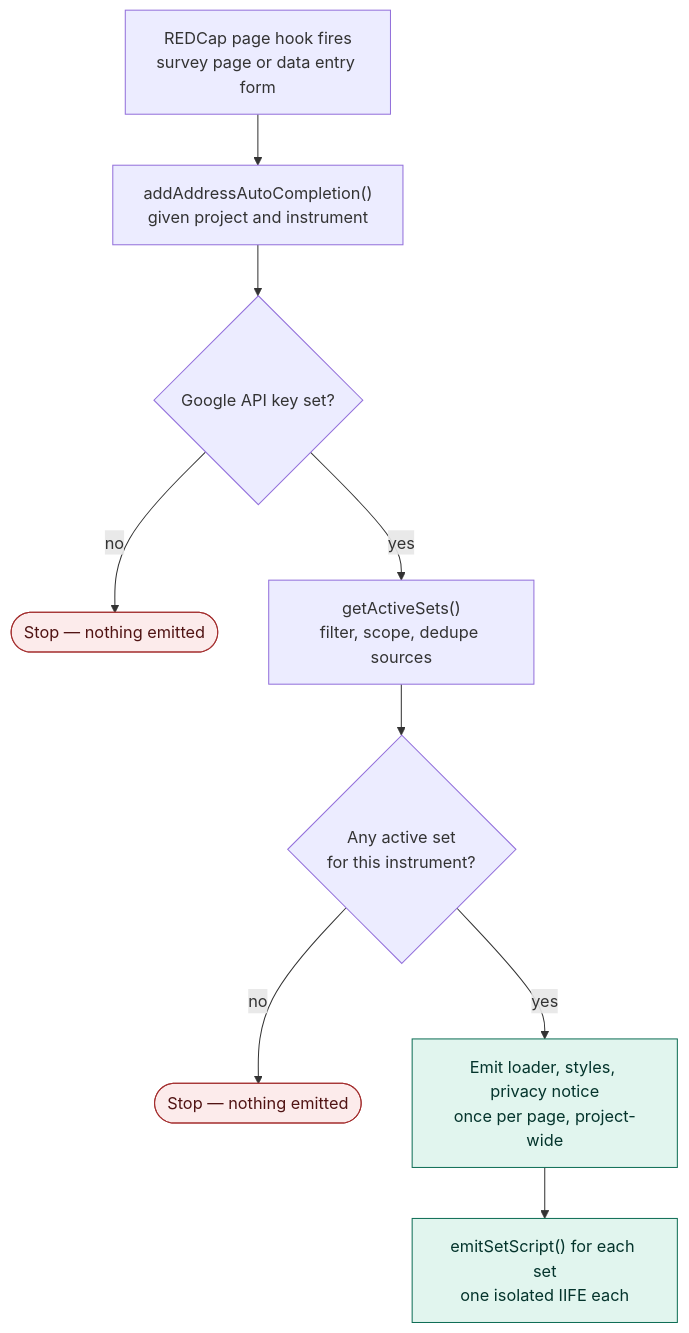
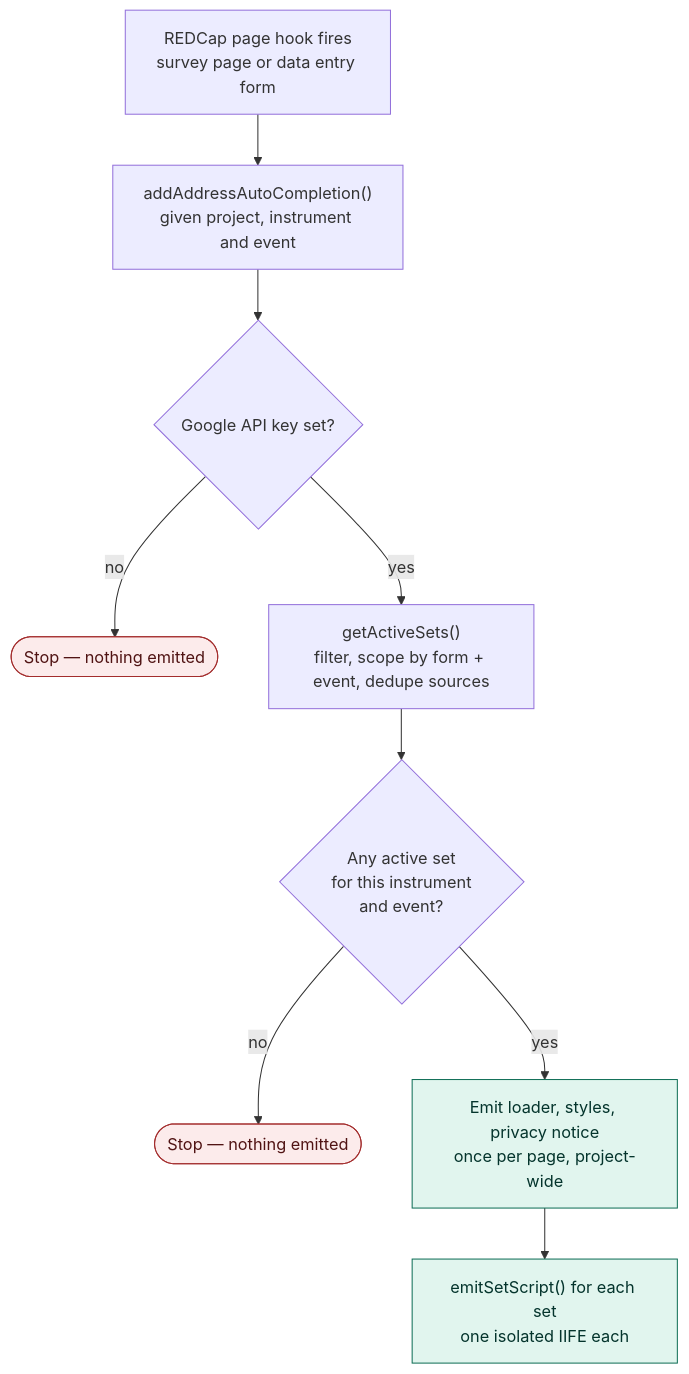
Before and after one commit to 274188A/google_address_autocomplete: the first of 3 diagrams in docs/execution-flow.md, drawn with Mermaid. The commit also changed other lines of this file and 27 other files, not shown here.

````diff
--- a/docs/execution-flow.md
+++ b/docs/execution-flow.md
@@ -30,14 +30,14 @@
 ```mermaid
 flowchart TD
-    A["REDCap page hook fires<br/>survey page or data entry form"] --> B["addAddressAutoCompletion()<br/>given project and instrument"]
+    A["REDCap page hook fires<br/>survey page or data entry form"] --> B["addAddressAutoCompletion()<br/>given project, instrument and event"]
     B --> C{"Google API key set?"}
     C -- no --> X1(["Stop — nothing emitted"]):::exit
-    C -- yes --> D["getActiveSets()<br/>filter, scope, dedupe sources"]
-    D --> E{"Any active set<br/>for this instrument?"}
+    C -- yes --> D["getActiveSets()<br/>filter, scope by form + event, dedupe sources"]
+    D --> E{"Any active set<br/>for this instrument<br/>and event?"}
     E -- no --> X2(["Stop — nothing emitted"]):::exit
     E -- yes --> F["Emit loader, styles, privacy notice<br/>once per page, project-wide"]:::emit
     F --> G["emitSetScript() for each set<br/>one isolated IIFE each"]:::emit
 
     classDef exit fill:#fcebeb,stroke:#a32d2d,color:#501313;
     classDef emit fill:#e1f5ee,stroke:#0f6e56,color:#04342c;
 ```
````
